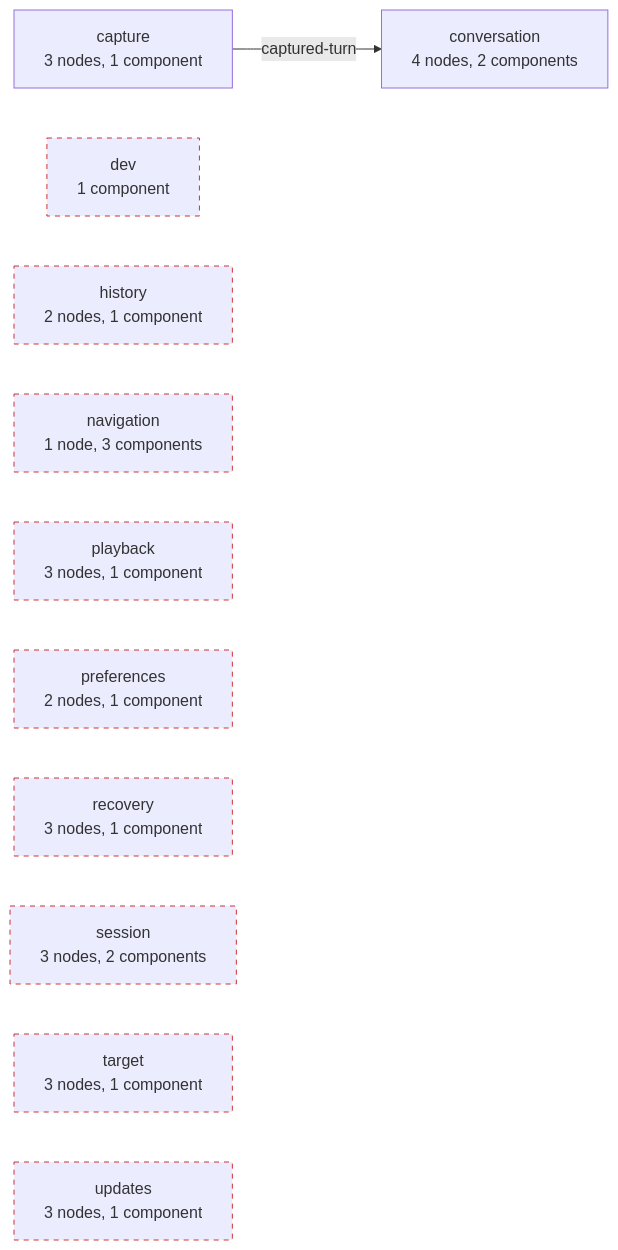
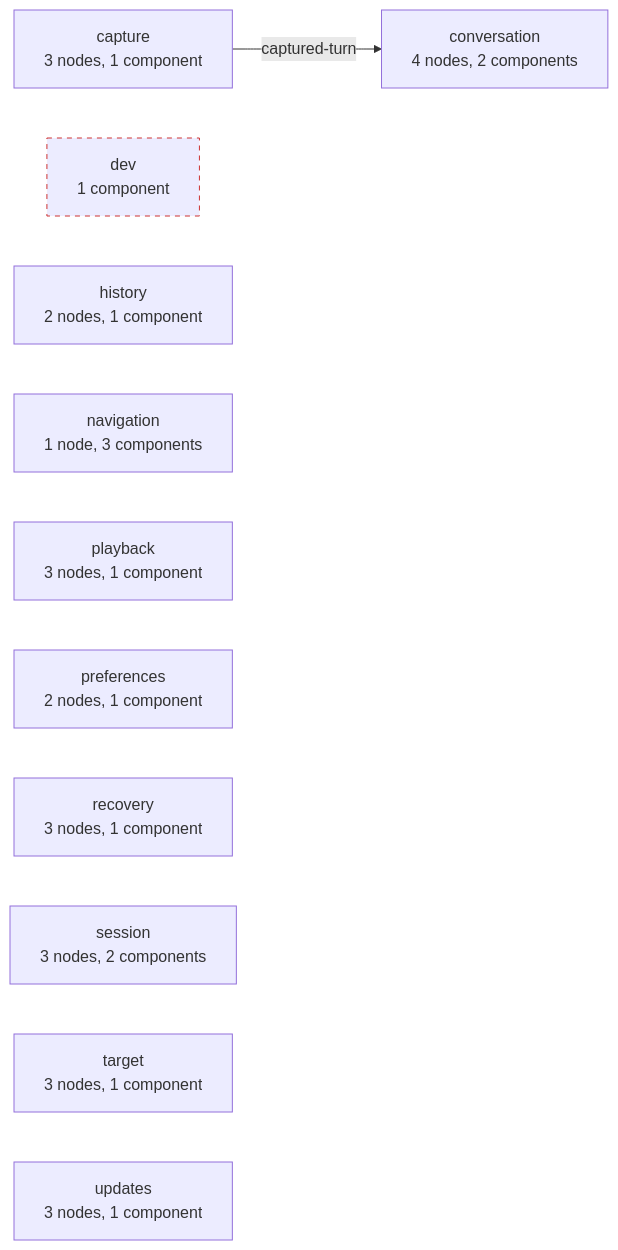
The diagram in android/audio-inbox/product-spec/generated/link-product.domains.mmd (adelost/agentmux), drawn with Mermaid before and after one commit. The commit also changed 2 other files, not shown here.

Commit message:
build(link-product): product-emit 0.1.15, islands are modules in the domain graph
Claude-Session: https://claude.ai/code/session_01MRqc1vmnbPV2ub2AcnkdFC

```diff
--- a/android/audio-inbox/product-spec/generated/link-product.domains.mmd
+++ b/android/audio-inbox/product-spec/generated/link-product.domains.mmd
@@ -1,27 +1,22 @@
 %% GENERATED FILE. DO NOT EDIT.
 %% GENERATED FROM product-spec/generated/link-product.json (port bindings) and
 %% product-spec/src/capabilities.ts (STATE_FEEDBACK rows, dashed).
-%% A dashed red domain has no port binding in or out. A dashed edge is state read
-%% or written without a port: the distance between the declared graph and the app.
+%% A dashed red domain has no port binding at all, not even inside itself: nothing
+%% reaches it and it reaches nothing. A domain wired only inside itself is an island
+%% and is drawn like any other; islands are modules, not debt. A dashed edge is
+%% state read or written without a port: the distance between the declared graph
+%% and the app.
 graph LR
   capture["capture<br/>3 nodes, 1 component"]
   conversation["conversation<br/>4 nodes, 2 components"]
   dev["dev<br/>1 component"]
   history["history<br/>2 nodes, 1 component"]
   navigation["navigation<br/>1 node, 3 components"]
   playback["playback<br/>3 nodes, 1 component"]
   preferences["preferences<br/>2 nodes, 1 component"]
   recovery["recovery<br/>3 nodes, 1 component"]
   session["session<br/>3 nodes, 2 components"]
   target["target<br/>3 nodes, 1 component"]
   updates["updates<br/>3 nodes, 1 component"]
   capture -->|"captured-turn"| conversation
   style dev stroke-dasharray: 5 5,stroke:#c33
-  style history stroke-dasharray: 5 5,stroke:#c33
-  style navigation stroke-dasharray: 5 5,stroke:#c33
-  style playback stroke-dasharray: 5 5,stroke:#c33
-  style preferences stroke-dasharray: 5 5,stroke:#c33
-  style recovery stroke-dasharray: 5 5,stroke:#c33
-  style session stroke-dasharray: 5 5,stroke:#c33
-  style target stroke-dasharray: 5 5,stroke:#c33
-  style updates stroke-dasharray: 5 5,stroke:#c33
```
